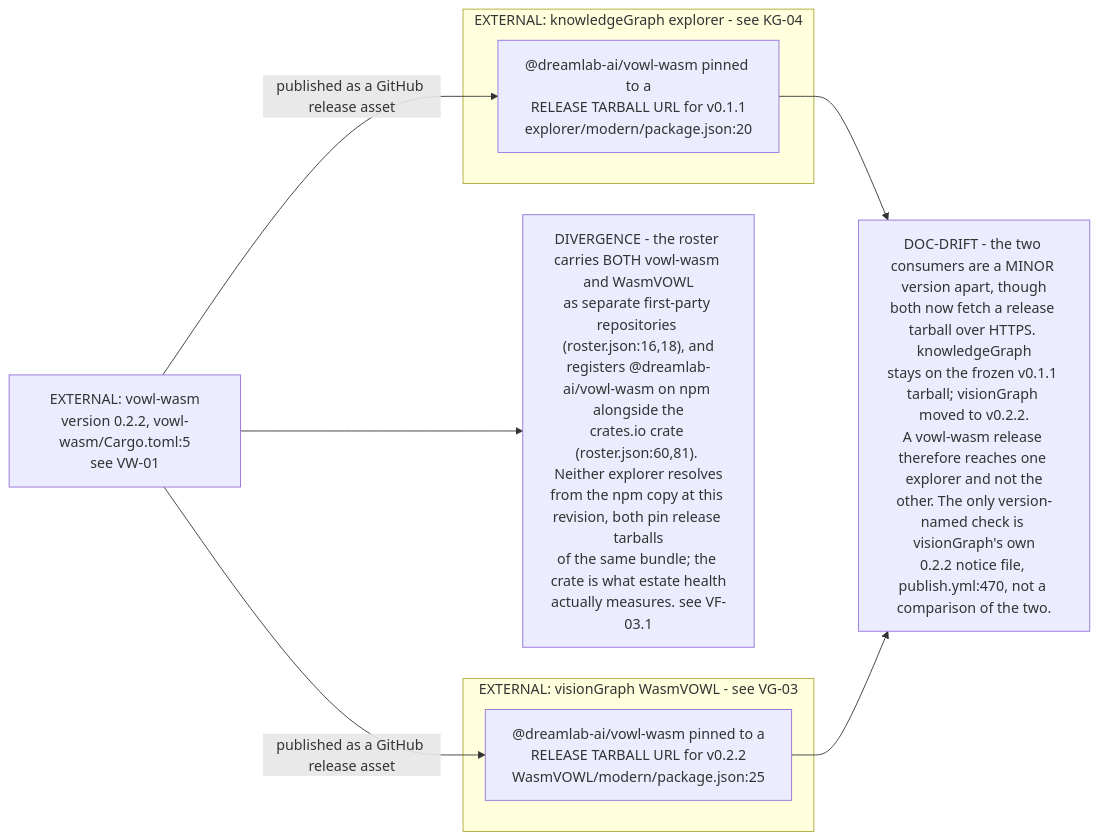
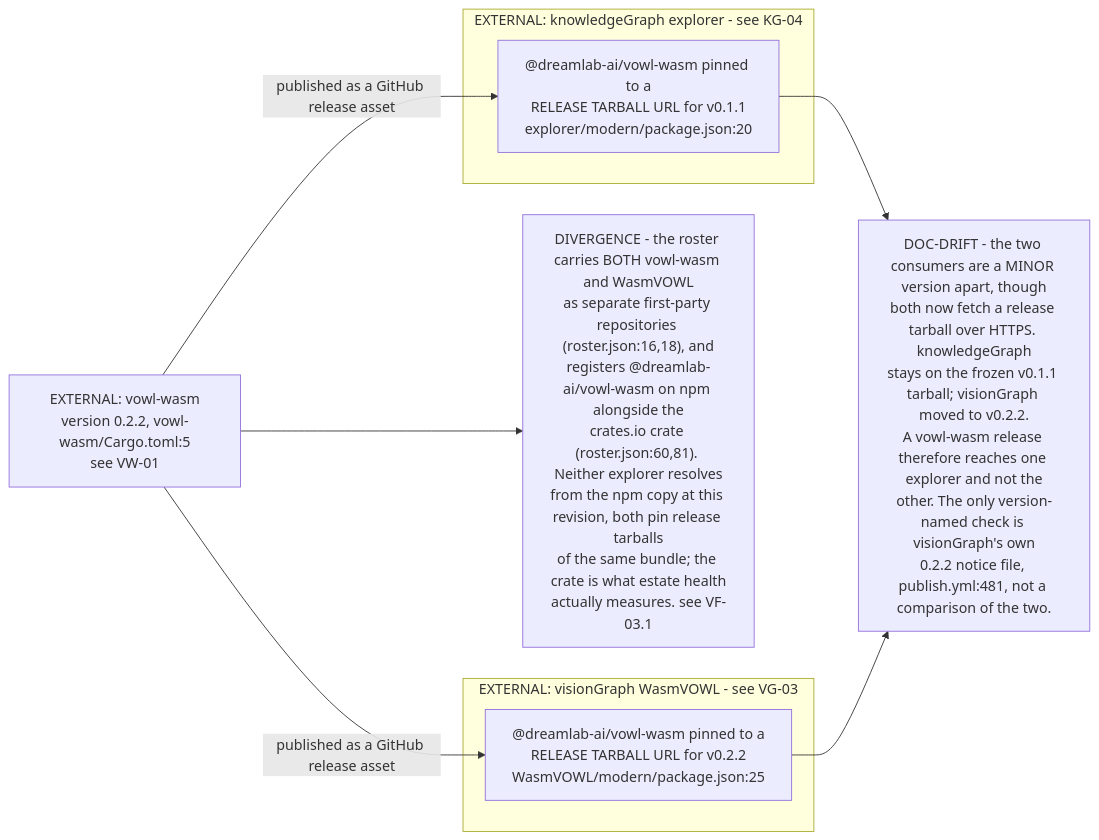
One commit to DreamLab-AI/VisionFlow changed the third of 5 diagrams in docs/diagrams/estate/11-publishing-axis.md. Above: the diagram before and after it, drawn with Mermaid. The commit also changed other lines of this file and 91 other files, not shown here.

````diff
--- a/docs/diagrams/estate/11-publishing-axis.md
+++ b/docs/diagrams/estate/11-publishing-axis.md
@@ -98,21 +102,21 @@
 ```mermaid
 flowchart LR
     CRATE["EXTERNAL: vowl-wasm<br/>version 0.2.2, vowl-wasm/Cargo.toml:5<br/>see VW-01"]
 
     subgraph KGE["EXTERNAL: knowledgeGraph explorer - see KG-04"]
         KGP["@dreamlab-ai/vowl-wasm pinned to a<br/>RELEASE TARBALL URL for v0.1.1<br/>explorer/modern/package.json:20"]
     end
     subgraph VGE["EXTERNAL: visionGraph WasmVOWL - see VG-03"]
         VGP["@dreamlab-ai/vowl-wasm pinned to a<br/>RELEASE TARBALL URL for v0.2.2<br/>WasmVOWL/modern/package.json:25"]
     end
 
     CRATE -->|"published as a GitHub release asset"| KGP
     CRATE -->|"published as a GitHub release asset"| VGP
 
-    D1["DOC-DRIFT - the two consumers are a MINOR version apart, though<br/>both now fetch a release tarball over HTTPS. knowledgeGraph<br/>stays on the frozen v0.1.1 tarball; visionGraph moved to v0.2.2.<br/>A vowl-wasm release therefore reaches one explorer and not the<br/>other. The only version-named check is visionGraph's own<br/>0.2.2 notice file, publish.yml:470, not a comparison of the two."]
+    D1["DOC-DRIFT - the two consumers are a MINOR version apart, though<br/>both now fetch a release tarball over HTTPS. knowledgeGraph<br/>stays on the frozen v0.1.1 tarball; visionGraph moved to v0.2.2.<br/>A vowl-wasm release therefore reaches one explorer and not the<br/>other. The only version-named check is visionGraph's own<br/>0.2.2 notice file, publish.yml:481, not a comparison of the two."]
     D2["DIVERGENCE - the roster carries BOTH vowl-wasm and WasmVOWL<br/>as separate first-party repositories (roster.json:16,18), and<br/>registers @dreamlab-ai/vowl-wasm on npm alongside the<br/>crates.io crate (roster.json:60,81). Neither explorer resolves<br/>from the npm copy at this revision, both pin release tarballs<br/>of the same bundle; the crate is what estate health<br/>actually measures. see VF-03.1"]
 
     KGP --> D1
     VGP --> D1
     CRATE --> D2
 ```
````
